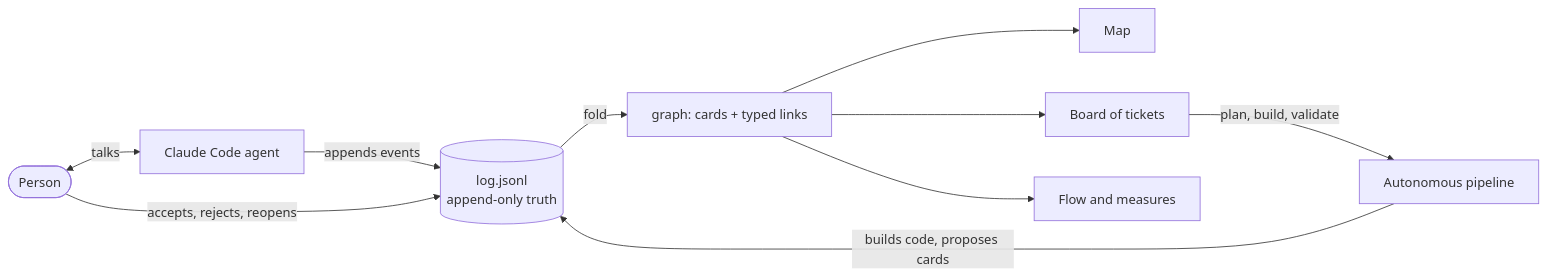
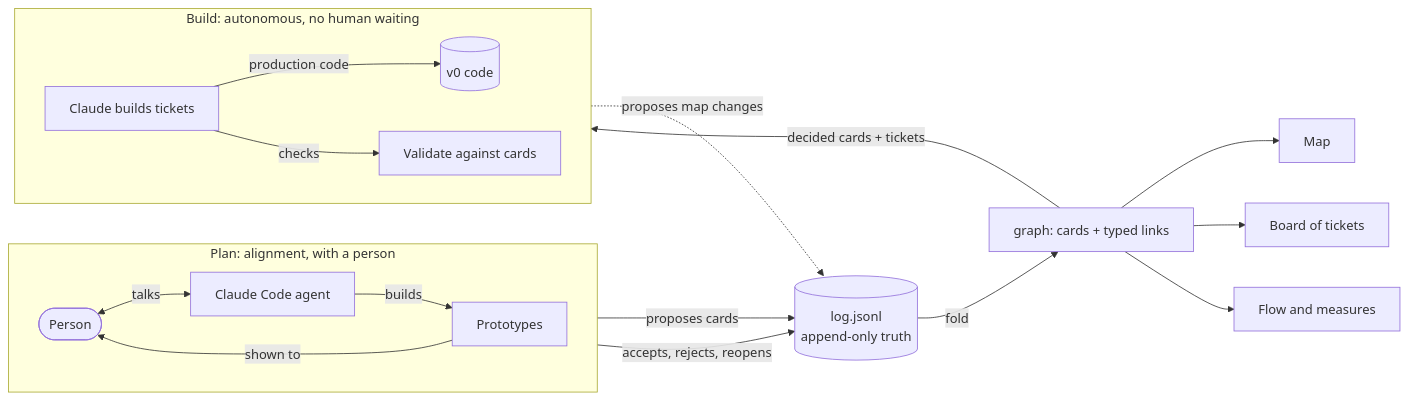
One commit to erykpiast/werk changed the diagram in README.md. Above: the diagram before and after it, drawn with Mermaid. The commit also changed other lines of this file, not shown here.

Commit message:
Describe the plan and build phases

````diff
--- a/README.md
+++ b/README.md
@@ -14,12 +14,22 @@
 ```mermaid
 flowchart LR
-    P([Person]) <-- talks --> A[Claude Code agent]
-    A -- appends events --> L[(log.jsonl<br/>append-only truth)]
+    subgraph PLAN["Plan: alignment, with a person"]
+        direction LR
+        P([Person]) <-- talks --> A[Claude Code agent]
+        A -- builds --> PR[Prototypes]
+        PR -- shown to --> P
+    end
+    A -- proposes cards --> L[(log.jsonl<br/>append-only truth)]
+    P -- accepts, rejects, reopens --> L
     L -- fold --> G[graph: cards + typed links]
     G --> M[Map]
     G --> B[Board of tickets]
     G --> F[Flow and measures]
-    P -- accepts, rejects, reopens --> L
-    B -- plan, build, validate --> X[Autonomous pipeline]
-    X -- builds code, proposes cards --> L
+    subgraph BUILD["Build: autonomous, no human waiting"]
+        direction LR
+        X[Claude builds tickets] -- production code --> C[(v0 code)]
+        X -- checks --> V[Validate against cards]
+    end
+    G -- decided cards + tickets --> X
+    X -. proposes map changes .-> L
 ```
````
